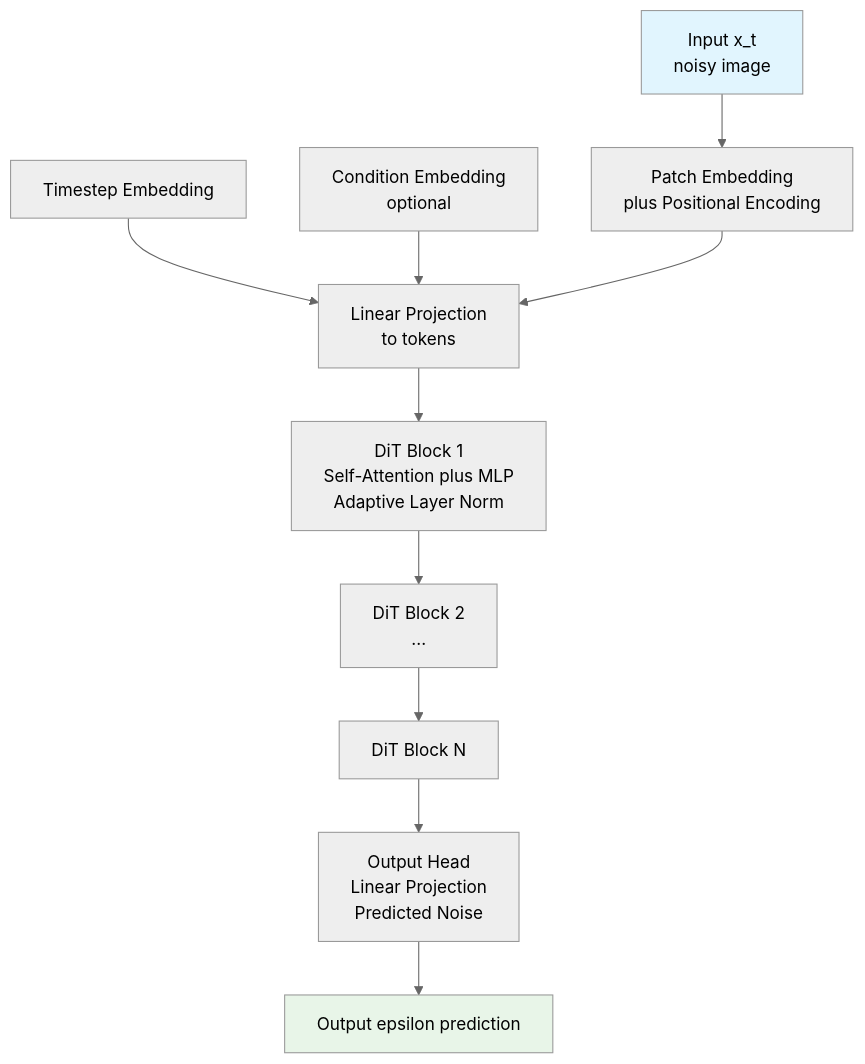
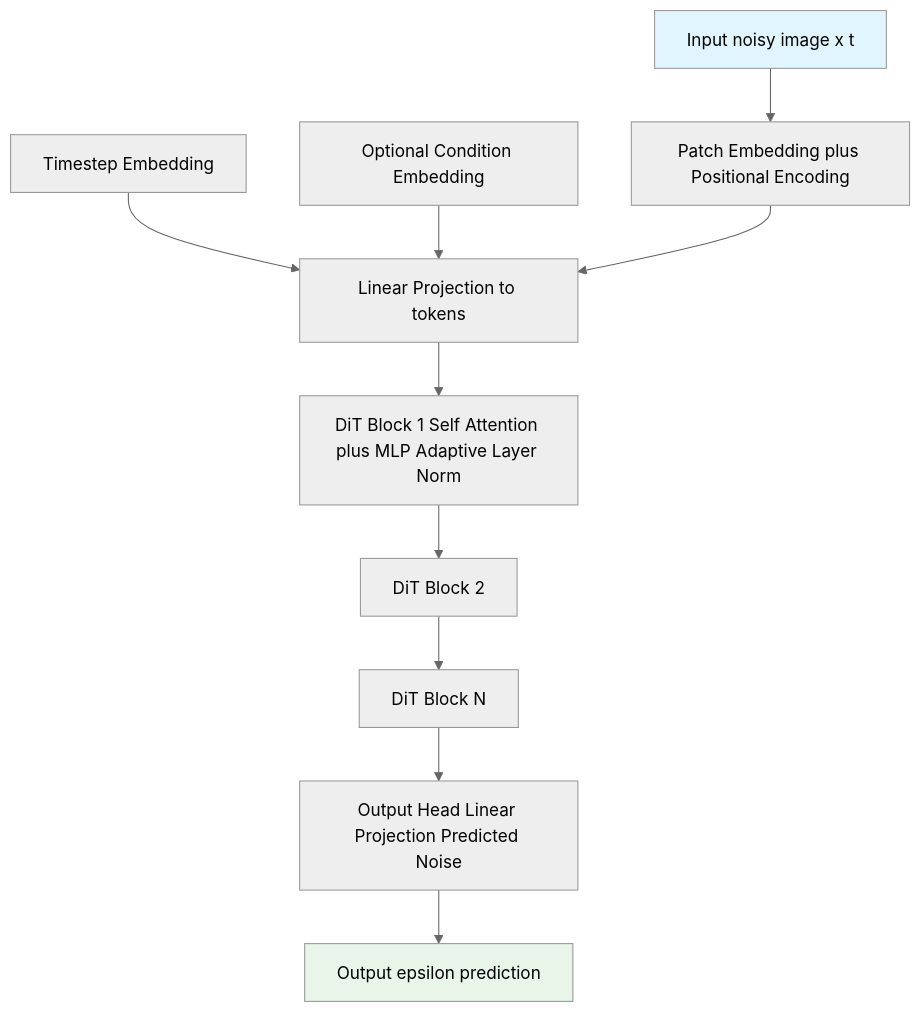
The diagram in docs/source/dit.md (ParamThakkar123/torchwm), drawn with Mermaid (neutral theme) before and after one commit. The commit also changed 5 other files, not shown here.

Commit message:
Prevent Mermaid diagrams from rerendering as errors

````diff
--- a/docs/source/dit.md
+++ b/docs/source/dit.md
@@ -24,15 +24,15 @@
 ```{mermaid}
-graph TD
-    A["Input x_t<br/>noisy image"] --> B["Patch Embedding<br/>plus Positional Encoding"]
-    C["Timestep Embedding"] --> D["Linear Projection<br/>to tokens"]
-    E["Condition Embedding<br/>optional"] --> D
+flowchart TD
+    A[Input noisy image x t] --> B[Patch Embedding plus Positional Encoding]
+    C[Timestep Embedding] --> D[Linear Projection to tokens]
+    E[Optional Condition Embedding] --> D
     B --> D
-    D --> F["DiT Block 1<br/>Self-Attention plus MLP<br/>Adaptive Layer Norm"]
-    F --> G["DiT Block 2<br/>..."]
-    G --> H["DiT Block N"]
-    H --> I["Output Head<br/>Linear Projection<br/>Predicted Noise"]
-    I --> J["Output epsilon prediction"]
+    D --> F[DiT Block 1 Self Attention plus MLP Adaptive Layer Norm]
+    F --> G[DiT Block 2]
+    G --> H[DiT Block N]
+    H --> I[Output Head Linear Projection Predicted Noise]
+    I --> J[Output epsilon prediction]
 
     style A fill:#e1f5fe
     style J fill:#e8f5e8
 ```
````
